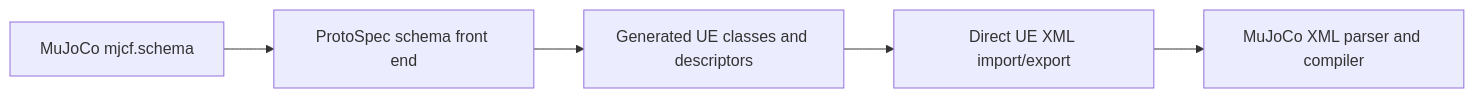
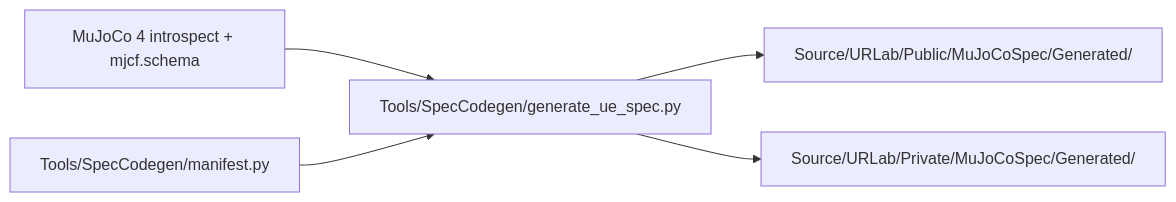
Before and after one commit to URLab-Sim/UnrealRoboticsLab: the diagram in docs/concepts/generation.md, drawn with Mermaid. The commit also changed other lines of this file and 24 other files, not shown here.

````diff
--- a/docs/concepts/generation.md
+++ b/docs/concepts/generation.md
@@ -5,7 +5,7 @@
 ```mermaid
 flowchart LR
-    Schema["MuJoCo mjcf.schema"] --> Front["ProtoSpec schema front end"]
-    Front --> Ue["Generated UE classes and descriptors"]
-    Ue --> Gateway["Direct UE XML import/export"]
-    Gateway --> Native["MuJoCo XML parser and compiler"]
+    MuJoCo["MuJoCo 4 introspect + mjcf.schema"] --> Codegen["Tools/SpecCodegen/generate_ue_spec.py"]
+    Manifest["Tools/SpecCodegen/manifest.py"] --> Codegen
+    Codegen --> Public["Source/URLab/Public/MuJoCoSpec/Generated/"]
+    Codegen --> Private["Source/URLab/Private/MuJoCoSpec/Generated/"]
 ```
````
